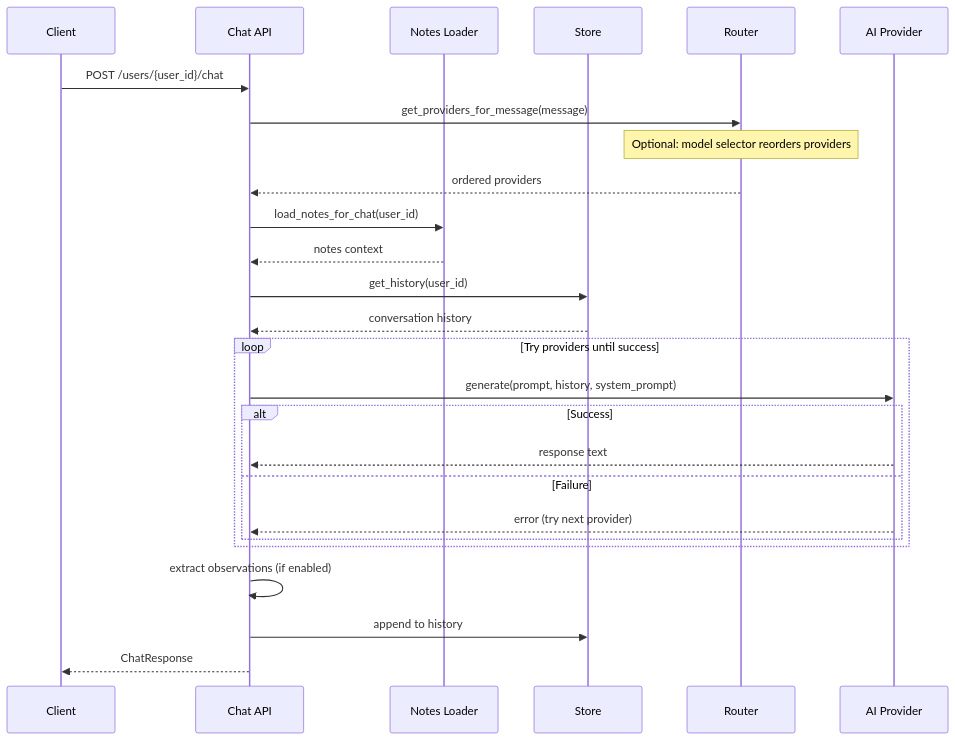
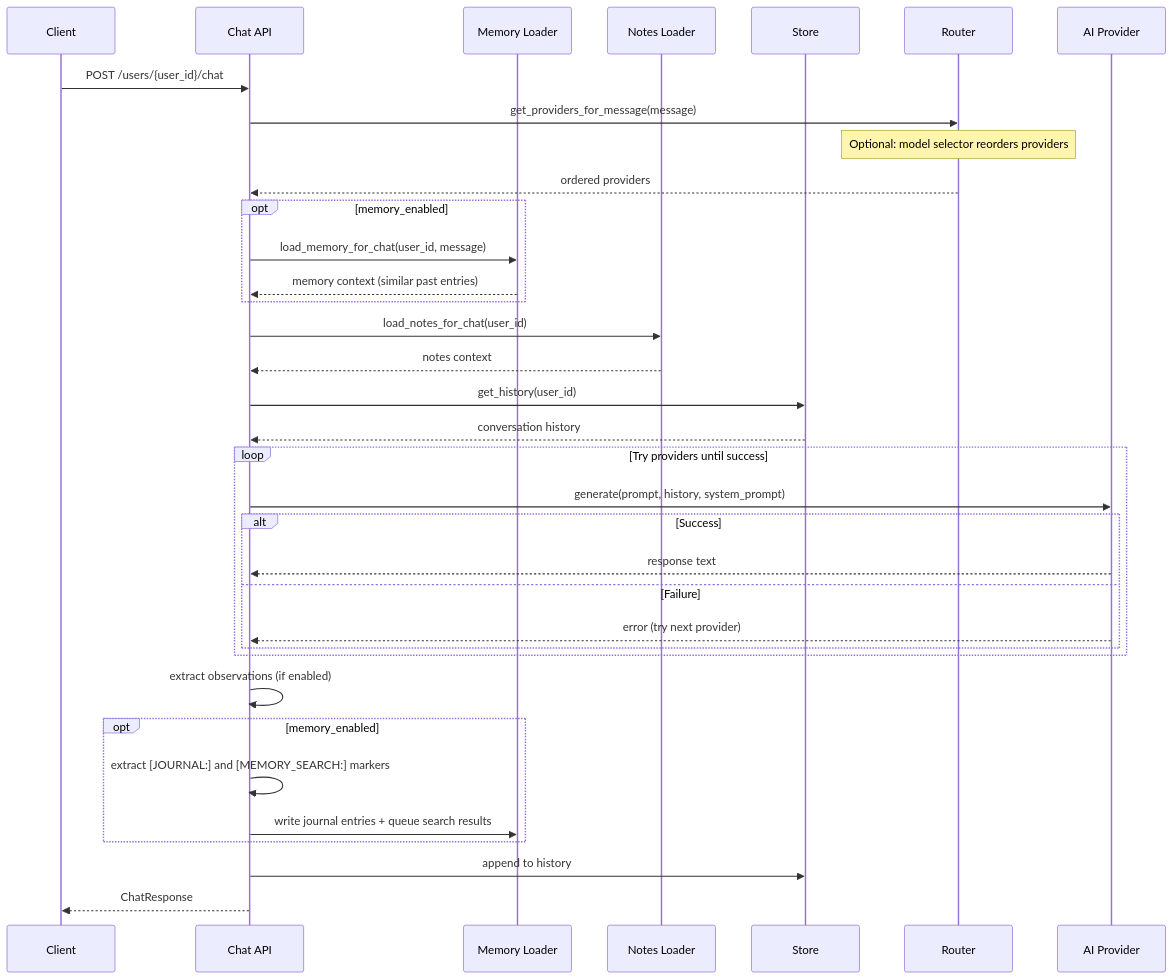
The second of 2 diagrams in docs/API.md (StevenGann/Gregory), drawn with Mermaid before and after one commit. The commit also changed other lines of this file and 15 other files, not shown here.

````diff
--- a/docs/API.md
+++ b/docs/API.md
@@ -141,29 +194,38 @@
 ```mermaid
 sequenceDiagram
     participant C as Client
     participant API as Chat API
+    participant ML as Memory Loader
     participant NL as Notes Loader
     participant S as Store
     participant R as Router
     participant P as AI Provider
 
     C->>API: POST /users/{user_id}/chat
     API->>R: get_providers_for_message(message)
     Note over R: Optional: model selector reorders providers
     R-->>API: ordered providers
+    opt memory_enabled
+        API->>ML: load_memory_for_chat(user_id, message)
+        ML-->>API: memory context (similar past entries)
+    end
     API->>NL: load_notes_for_chat(user_id)
     NL-->>API: notes context
     API->>S: get_history(user_id)
     S-->>API: conversation history
     loop Try providers until success
         API->>P: generate(prompt, history, system_prompt)
         alt Success
             P-->>API: response text
         else Failure
             P-->>API: error (try next provider)
         end
     end
     API->>API: extract observations (if enabled)
+    opt memory_enabled
+        API->>API: extract [JOURNAL:] and [MEMORY_SEARCH:] markers
+        API->>ML: write journal entries + queue search results
+    end
     API->>S: append to history
     API-->>C: ChatResponse
 ```
````
